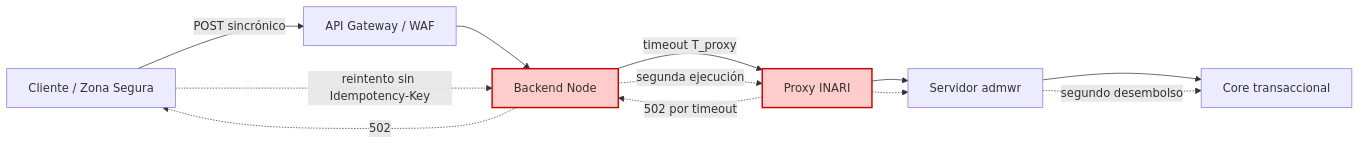
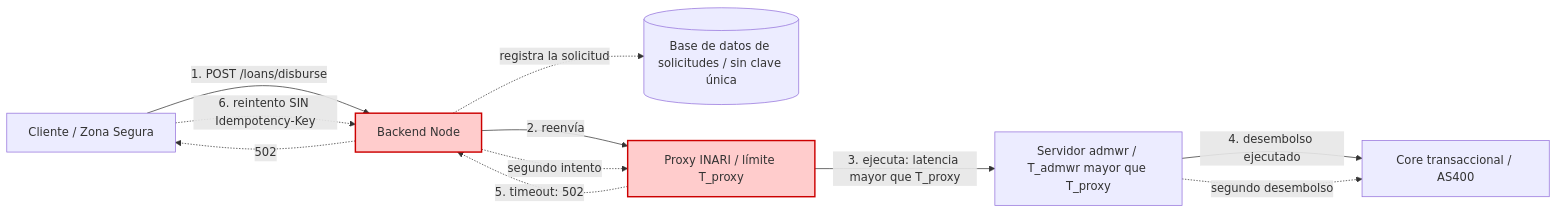
One commit to jnaterar/reto-tecnico-interseguro changed the first of 2 diagrams in architecture-drawio/architecture.md. Above: the diagram before and after it, drawn with Mermaid. The commit also changed other lines of this file and 8 other files, not shown here.

````diff
--- a/architecture-drawio/architecture.md
+++ b/architecture-drawio/architecture.md
@@ -476,16 +525,22 @@
 ```mermaid
 flowchart LR
-    C[Cliente / Zona Segura] -->|POST sincrónico| G[API Gateway / WAF]
-    G --> B[Backend Node]
-    B -->|timeout T_proxy| P[Proxy INARI]
-    P --> A[Servidor admwr]
-    A --> K[Core transaccional]
-    P -.->|502 por timeout| B
+    C[Cliente / Zona Segura]
+    B[Backend Node]
+    DB[(Base de datos de solicitudes / sin clave única)]
+    P[Proxy INARI / límite T_proxy]
+    A[Servidor admwr / T_admwr mayor que T_proxy]
+    K[Core transaccional / AS400]
+
+    C -->|1. POST /loans/disburse| B
+    B -->|2. reenvía| P
+    P -->|3. ejecuta: latencia mayor que T_proxy| A
+    A -->|4. desembolso ejecutado| K
+    B -.->|registra la solicitud| DB
+    P -.->|5. timeout: 502| B
     B -.->|502| C
-    C -.->|reintento sin Idempotency-Key| B
-    B -.->|segunda ejecución| P
-    P -.-> A
+    C -.->|6. reintento SIN Idempotency-Key| B
+    B -.->|segundo intento| P
     A -.->|segundo desembolso| K
-    classDef fail fill:#ffcccc,stroke:#cc0000,stroke-width:2px;
-    class P,B fail;
+    classDef fallo fill:#ffcccc,stroke:#cc0000,stroke-width:2px;
+    class P,B fallo;
 ```
````
